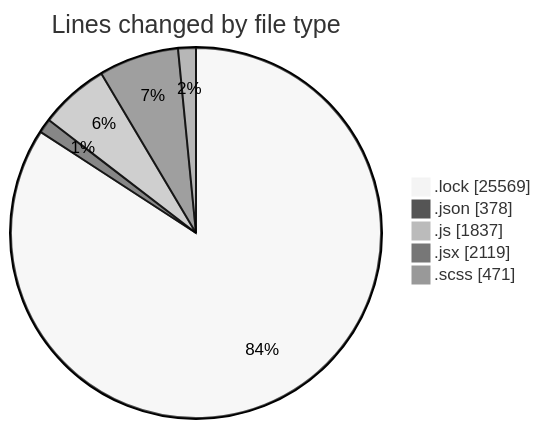
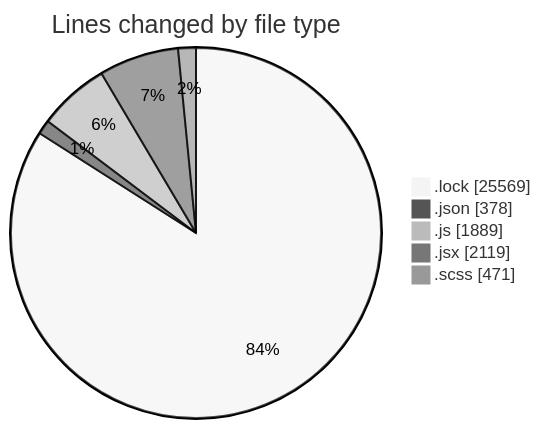
Before and after one commit to momahboobian/code-tracking: the first of 2 diagrams in 2026-01-07/cda/README.md, drawn with Mermaid (neutral theme). The commit also changed other lines of this file and 1 other file, not shown here.

````diff
--- a/2026-01-07/cda/README.md
+++ b/2026-01-07/cda/README.md
@@ -51,9 +51,9 @@
 ```mermaid
 pie showData
 title Lines changed by file type
 ".lock" : 25569
 ".json" : 378
-".js" : 1837
+".js" : 1889
 ".jsx" : 2119
 ".scss" : 471
 ```
````
